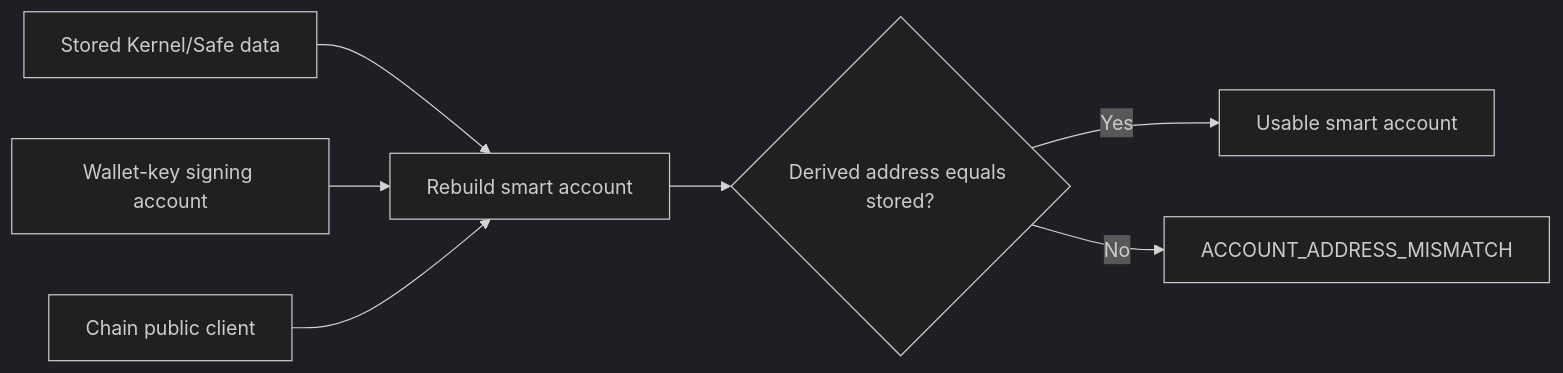
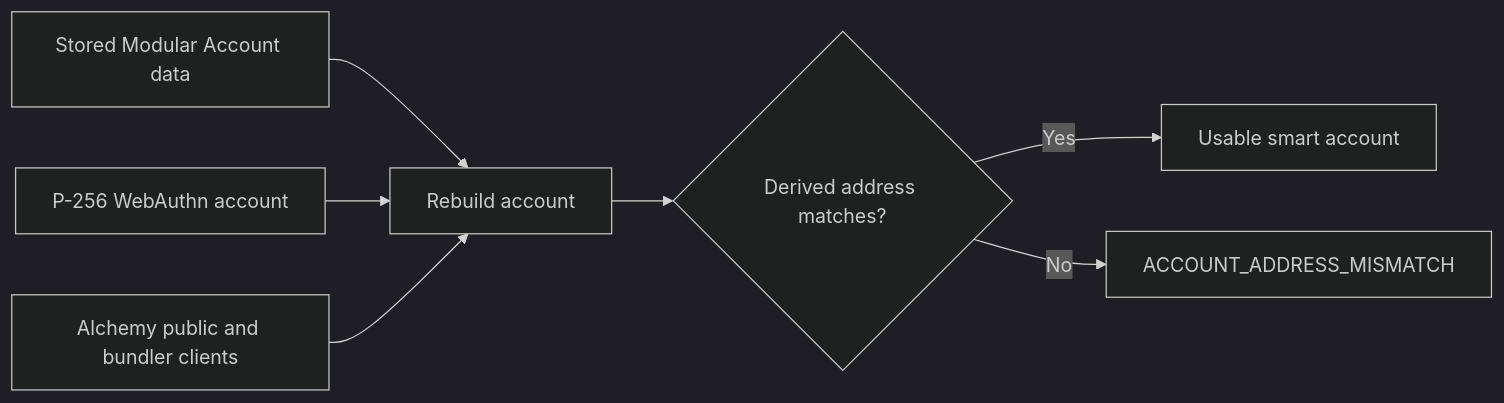
One commit to thenamespace/namera changed the second of 2 diagrams in architecture/evm/accounts/README.md. Above: the diagram before and after it, drawn with Mermaid (dark theme). The commit also changed other lines of this file and 79 other files, not shown here.

Commit message:
feat(evm): standardize on Alchemy modular accounts

````diff
--- a/architecture/evm/accounts/README.md
+++ b/architecture/evm/accounts/README.md
@@ -41,9 +60,9 @@
 ```mermaid
 flowchart LR
-  Stored[Stored Kernel/Safe data] --> Build[Rebuild smart account]
-  Owner[Wallet-key signing account] --> Build
-  Public[Chain public client] --> Build
-  Build --> Compare{Derived address equals stored?}
-  Compare -->|Yes| Account[Usable smart account]
+  Stored[Stored Modular Account data] --> Build[Rebuild account]
+  Owner[P-256 WebAuthn account] --> Build
+  Client[Alchemy public and bundler clients] --> Build
+  Build --> Compare{Derived address matches?}
+  Compare -->|Yes| Ready[Usable smart account]
   Compare -->|No| Error[ACCOUNT_ADDRESS_MISMATCH]
 ```
````
